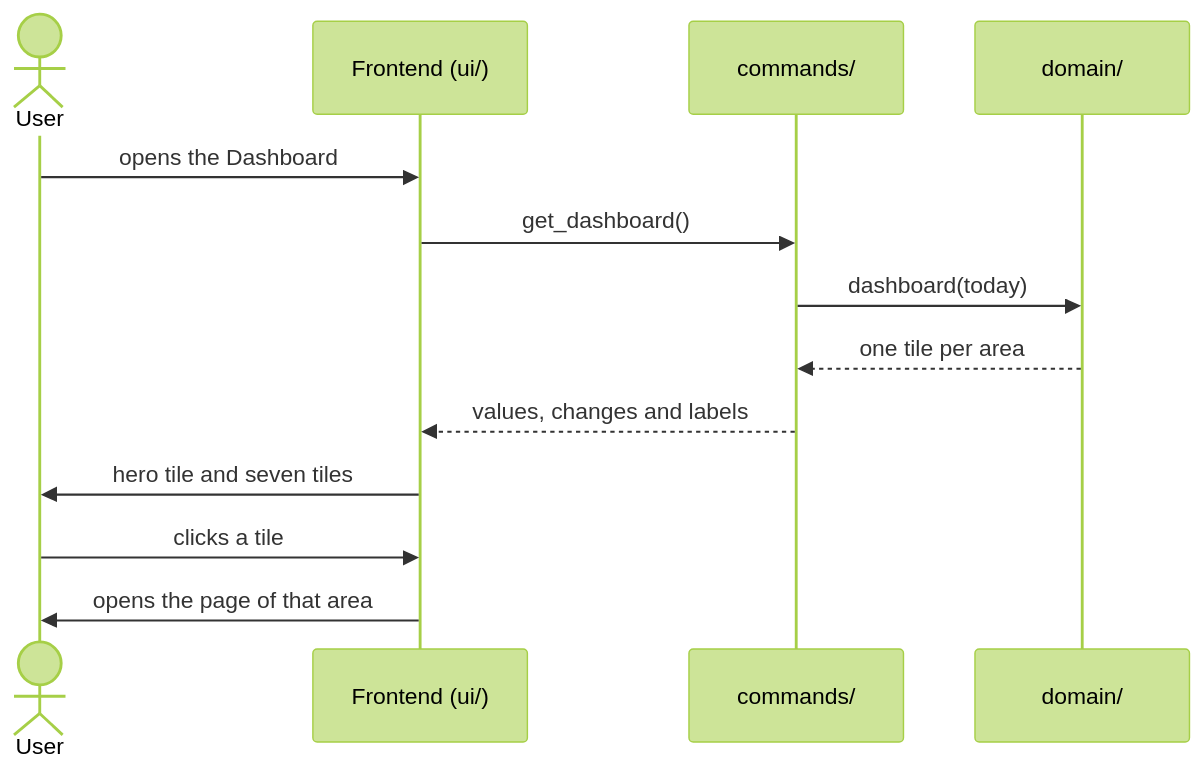
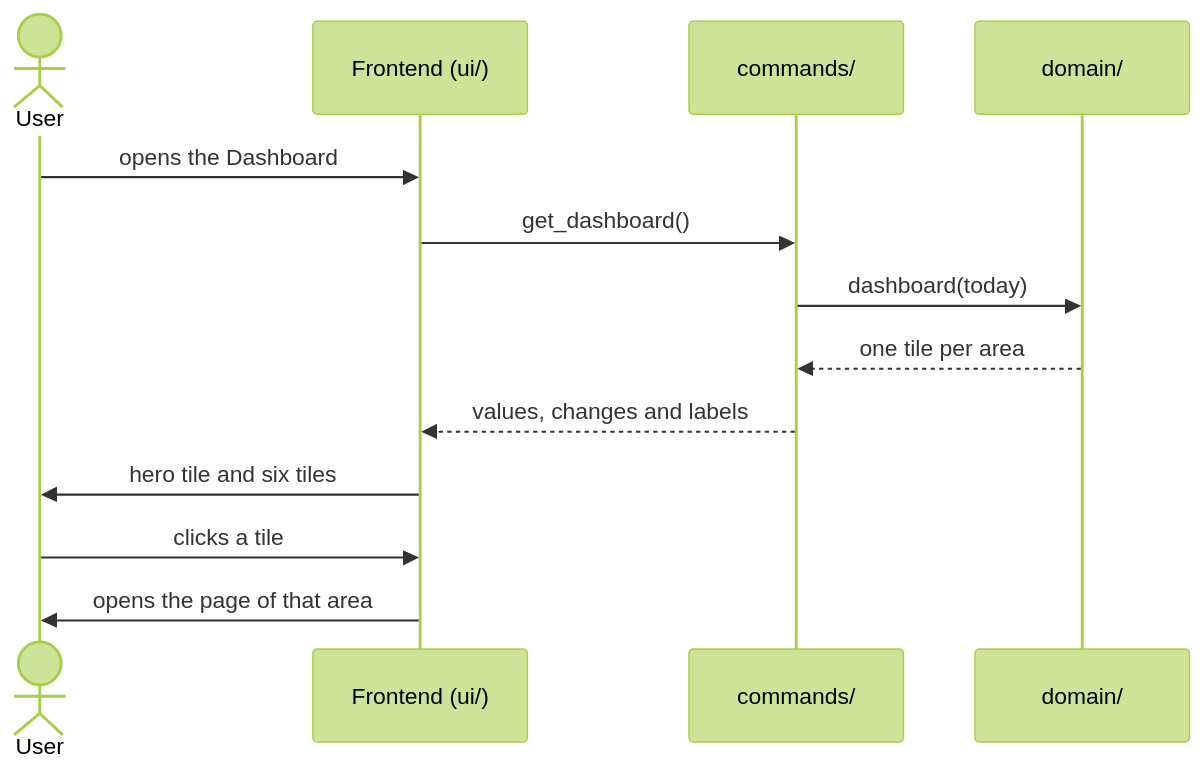
One commit to BardoelT/varde changed the diagram in docs/csd/CSD-004-dashboard.md. Above: the diagram before and after it, drawn with Mermaid (forest theme). The commit also changed other lines of this file, not shown here.

First line of the commit message:
docs(csd): drop the Ratios tile from the dashboard (CSD-004 3.0)

````diff
--- a/docs/csd/CSD-004-dashboard.md
+++ b/docs/csd/CSD-004-dashboard.md
@@ -50,15 +50,15 @@
 ```mermaid
 sequenceDiagram
     actor U as User
     participant UI as Frontend (ui/)
     participant CMD as commands/
     participant DOM as domain/
     U->>UI: opens the Dashboard
     UI->>CMD: get_dashboard()
     CMD->>DOM: dashboard(today)
     DOM-->>CMD: one tile per area
     CMD-->>UI: values, changes and labels
-    UI->>U: hero tile and seven tiles
+    UI->>U: hero tile and six tiles
     U->>UI: clicks a tile
     UI->>U: opens the page of that area
 ```
````
